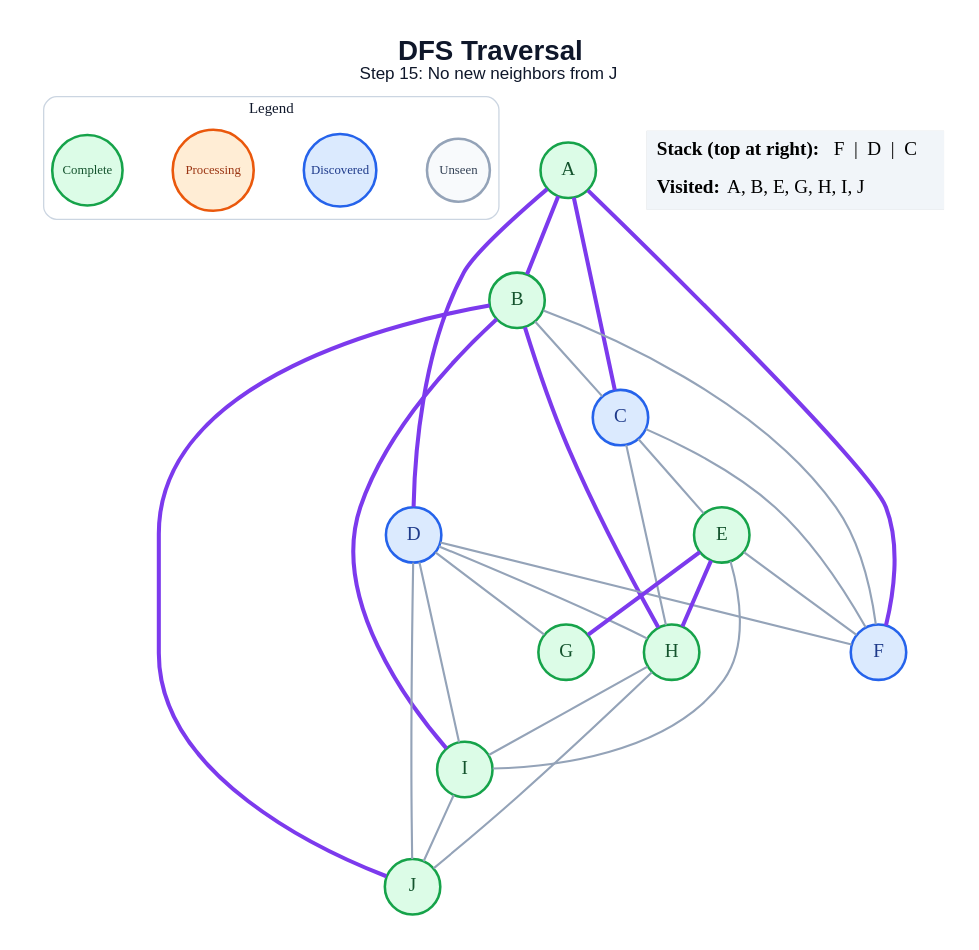
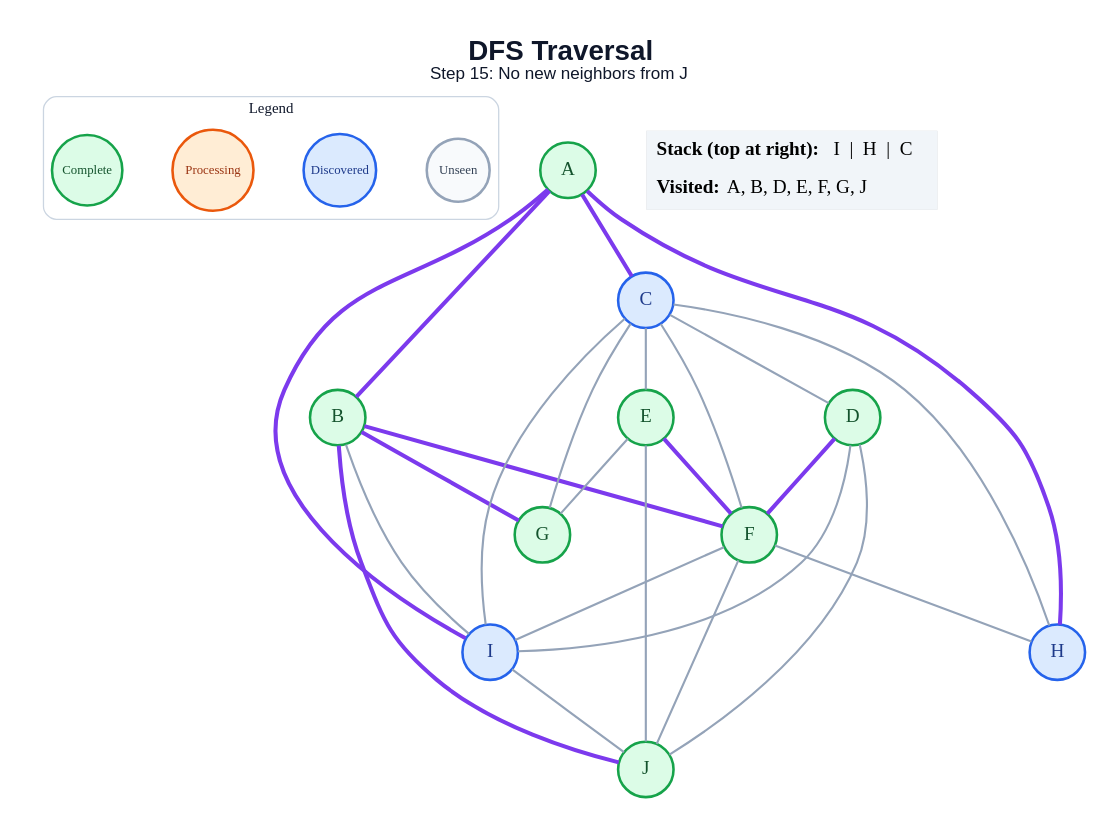
One commit to amanghodawala9/ai-slop changed the diagram in generated/dfs/step_15.dot. Above: the diagram before and after it, drawn with Graphviz. The commit also changed 178 other files, not shown here.

```diff
--- a/generated/dfs/step_15.dot
+++ b/generated/dfs/step_15.dot
@@ -1,53 +1,53 @@
 graph traversal {
   graph [layout=dot, rankdir=TB, bgcolor="#FFFFFF", pad="0.35", nodesep="0.65", ranksep="0.8", fontname="Arial"];
   node [shape=circle, style="filled", fontname="Arial Bold", fontsize=18, width=0.72, fixedsize=true, penwidth=2.4];
   edge [color="#94A3B8", penwidth=2.0];
   label=<<B>DFS Traversal</B><BR/><FONT POINT-SIZE="16">Step 15: No new neighbors from J</FONT>>; labelloc="t"; fontsize=26; fontname="Arial"; fontcolor="#0F172A";
   subgraph cluster_legend { label="Legend"; color="#CBD5E1"; penwidth=1.2; style="rounded"; fontsize=14; fontname="Arial Bold";
     key_unseen [label="Unseen", fillcolor="#F8FAFC", color="#94A3B8", fontcolor="#334155", fontsize=12, width=0.82];
     key_frontier [label="Discovered", fillcolor="#DBEAFE", color="#2563EB", fontcolor="#1E3A8A", fontsize=12, width=0.95];
     key_current [label="Processing", fillcolor="#FFEDD5", color="#EA580C", fontcolor="#9A3412", fontsize=12, width=1.05];
     key_done [label="Complete", fillcolor="#DCFCE7", color="#16A34A", fontcolor="#14532D", fontsize=12, width=0.92];
     { rank=same; key_unseen; key_frontier; key_current; key_done; }
   }
   A [fillcolor="#DCFCE7", color="#16A34A", fontcolor="#14532D"];
   B [fillcolor="#DCFCE7", color="#16A34A", fontcolor="#14532D"];
   C [fillcolor="#DBEAFE", color="#2563EB", fontcolor="#1E3A8A"];
-  D [fillcolor="#DBEAFE", color="#2563EB", fontcolor="#1E3A8A"];
+  D [fillcolor="#DCFCE7", color="#16A34A", fontcolor="#14532D"];
   E [fillcolor="#DCFCE7", color="#16A34A", fontcolor="#14532D"];
-  F [fillcolor="#DBEAFE", color="#2563EB", fontcolor="#1E3A8A"];
+  F [fillcolor="#DCFCE7", color="#16A34A", fontcolor="#14532D"];
   G [fillcolor="#DCFCE7", color="#16A34A", fontcolor="#14532D"];
-  H [fillcolor="#DCFCE7", color="#16A34A", fontcolor="#14532D"];
-  I [fillcolor="#DCFCE7", color="#16A34A", fontcolor="#14532D"];
+  H [fillcolor="#DBEAFE", color="#2563EB", fontcolor="#1E3A8A"];
+  I [fillcolor="#DBEAFE", color="#2563EB", fontcolor="#1E3A8A"];
   J [fillcolor="#DCFCE7", color="#16A34A", fontcolor="#14532D"];
   A -- B [color="#7C3AED", penwidth=3.8];
   A -- C [color="#7C3AED", penwidth=3.8];
-  A -- D [color="#7C3AED", penwidth=3.8];
-  A -- F [color="#7C3AED", penwidth=3.8];
-  B -- C;
-  B -- F;
-  B -- H [color="#7C3AED", penwidth=3.8];
-  B -- I [color="#7C3AED", penwidth=3.8];
+  A -- H [color="#7C3AED", penwidth=3.8];
+  A -- I [color="#7C3AED", penwidth=3.8];
+  B -- F [color="#7C3AED", penwidth=3.8];
+  B -- G [color="#7C3AED", penwidth=3.8];
+  B -- I;
   B -- J [color="#7C3AED", penwidth=3.8];
+  C -- D;
   C -- E;
   C -- F;
+  C -- G;
   C -- H;
-  D -- F;
-  D -- G;
-  D -- H;
+  C -- I;
+  D -- F [color="#7C3AED", penwidth=3.8];
   D -- I;
   D -- J;
-  E -- F;
-  E -- G [color="#7C3AED", penwidth=3.8];
-  E -- H [color="#7C3AED", penwidth=3.8];
-  E -- I;
-  H -- I;
-  H -- J;
+  E -- F [color="#7C3AED", penwidth=3.8];
+  E -- G;
+  E -- J;
+  F -- H;
+  F -- I;
+  F -- J;
   I -- J;
   status [shape=plain, fixedsize=false, width=0, height=0, margin=0, label=<
     <TABLE BORDER="0" CELLBORDER="0" CELLPADDING="7" BGCOLOR="#F1F5F9">
-      <TR><TD ALIGN="LEFT"><B>Stack (top at right):</B> F  |  D  |  C</TD></TR>
-      <TR><TD ALIGN="LEFT"><B>Visited:</B> A, B, E, G, H, I, J</TD></TR>
+      <TR><TD ALIGN="LEFT"><B>Stack (top at right):</B> I  |  H  |  C</TD></TR>
+      <TR><TD ALIGN="LEFT"><B>Visited:</B> A, B, D, E, F, G, J</TD></TR>
     </TABLE>
   >];
 }
```
